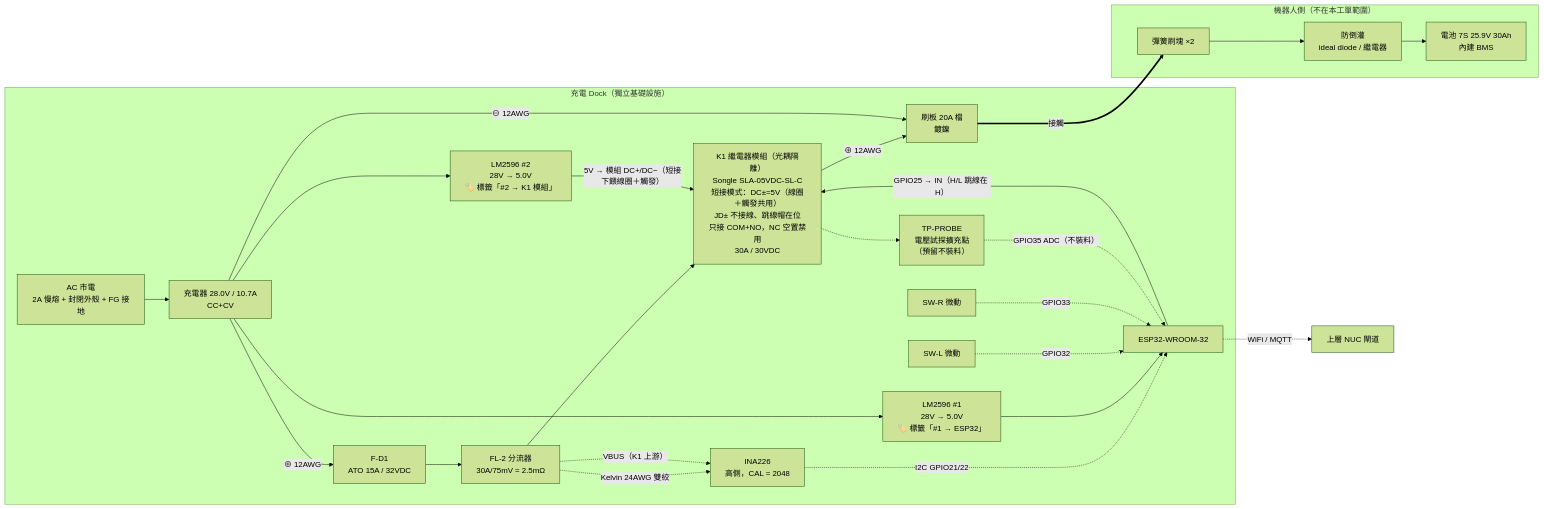
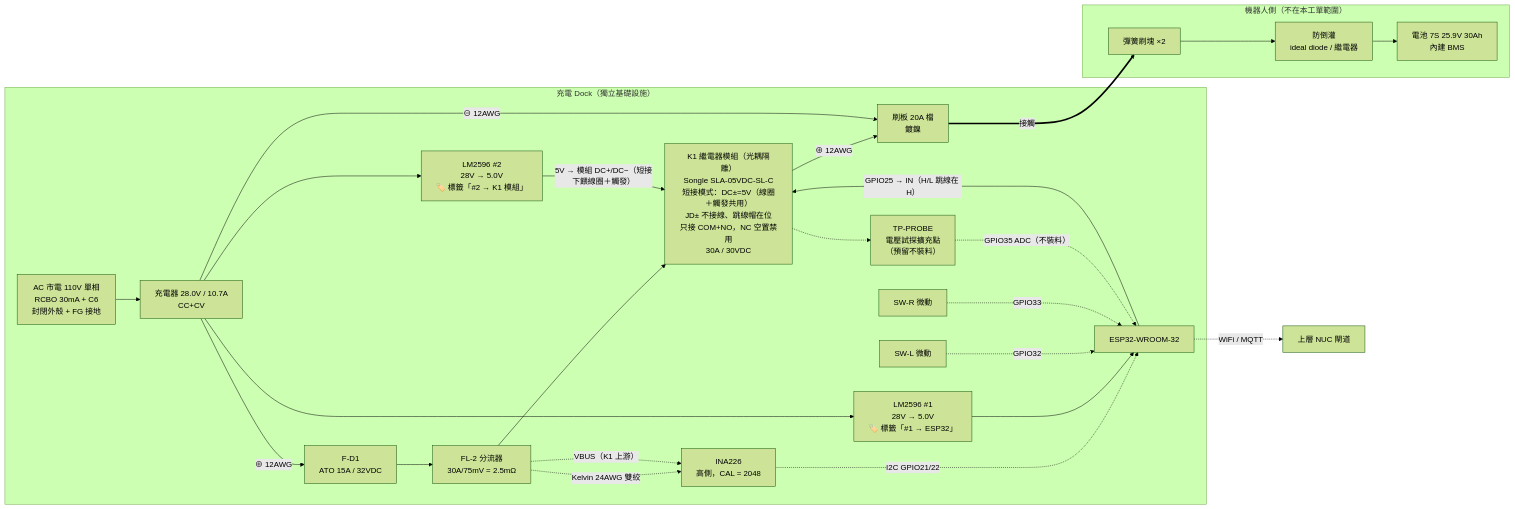
Before and after one commit to liang0929/delivery_robot: the first of 2 diagrams in docs/charging_dock_design.md, drawn with Mermaid (forest theme). The commit also changed other lines of this file, not shown here.

First line of the commit message:
docs(charging_dock): AC 定案 110V—保護改 RCBO 30mA+C6，取代 2A 慢熔

````diff
--- a/docs/charging_dock_design.md
+++ b/docs/charging_dock_design.md
@@ -62,40 +66,40 @@
 ```mermaid
 flowchart LR
     subgraph DOCK["充電 Dock（獨立基礎設施）"]
-        AC["AC 市電<br/>2A 慢熔 + 封閉外殼 + FG 接地"]
+        AC["AC 市電 110V 單相<br/>RCBO 30mA + C6<br/>封閉外殼 + FG 接地"]
         CHG["充電器 28.0V / 10.7A<br/>CC+CV"]
         FD1["F-D1<br/>ATO 15A / 32VDC"]
         SH["FL-2 分流器<br/>30A/75mV = 2.5mΩ"]
         K1["K1 繼電器模組（光耦隔離）<br/>Songle SLA-05VDC-SL-C<br/>短接模式：DC±=5V（線圈＋觸發共用）<br/>JD± 不接線、跳線帽在位<br/>只接 COM+NO，NC 空置禁用<br/>30A / 30VDC"]
         BR["刷板 20A 檔<br/>鍍鎳"]
         INA["INA226<br/>高側，CAL = 2048"]
         ESP["ESP32-WROOM-32"]
         BK1["LM2596 #1<br/>28V → 5.0V<br/>🏷️ 標籤「#1 → ESP32」"]
         BK2["LM2596 #2<br/>28V → 5.0V<br/>🏷️ 標籤「#2 → K1 模組」"]
         SWL["SW-L 微動"]
         SWR["SW-R 微動"]
         TP["TP-PROBE<br/>電壓試探擴充點<br/>（預留不裝料）"]
     end
 
     subgraph ROBOT["機器人側（不在本工單範圍）"]
         BRUSH["彈簧刷塊 ×2"]
         AD["防倒灌<br/>ideal diode / 繼電器"]
         BAT["電池 7S 25.9V 30Ah<br/>內建 BMS"]
     end
 
     AC --> CHG
     CHG -->|"⊕ 12AWG"| FD1 --> SH --> K1 -->|"⊕ 12AWG"| BR
     CHG -->|"⊖ 12AWG"| BR
     SH -.->|"Kelvin 24AWG 雙絞"| INA
     SH -.->|"VBUS（K1 上游）"| INA
     INA -.->|"I2C GPIO21/22"| ESP
     CHG --> BK1 --> ESP
     CHG --> BK2 -->|"5V → 模組 DC+/DC−（短接下餵線圈＋觸發）"| K1
     ESP -->|"GPIO25 → IN（H/L 跳線在 H）"| K1
     SWL -.->|"GPIO32"| ESP
     SWR -.->|"GPIO33"| ESP
     K1 -.-> TP
     TP -.->|"GPIO35 ADC（不裝料）"| ESP
     BR ==>|"接觸"| BRUSH --> AD --> BAT
     ESP -.->|"WiFi / MQTT"| NUC["上層 NUC 閘道"]
 ```
````
